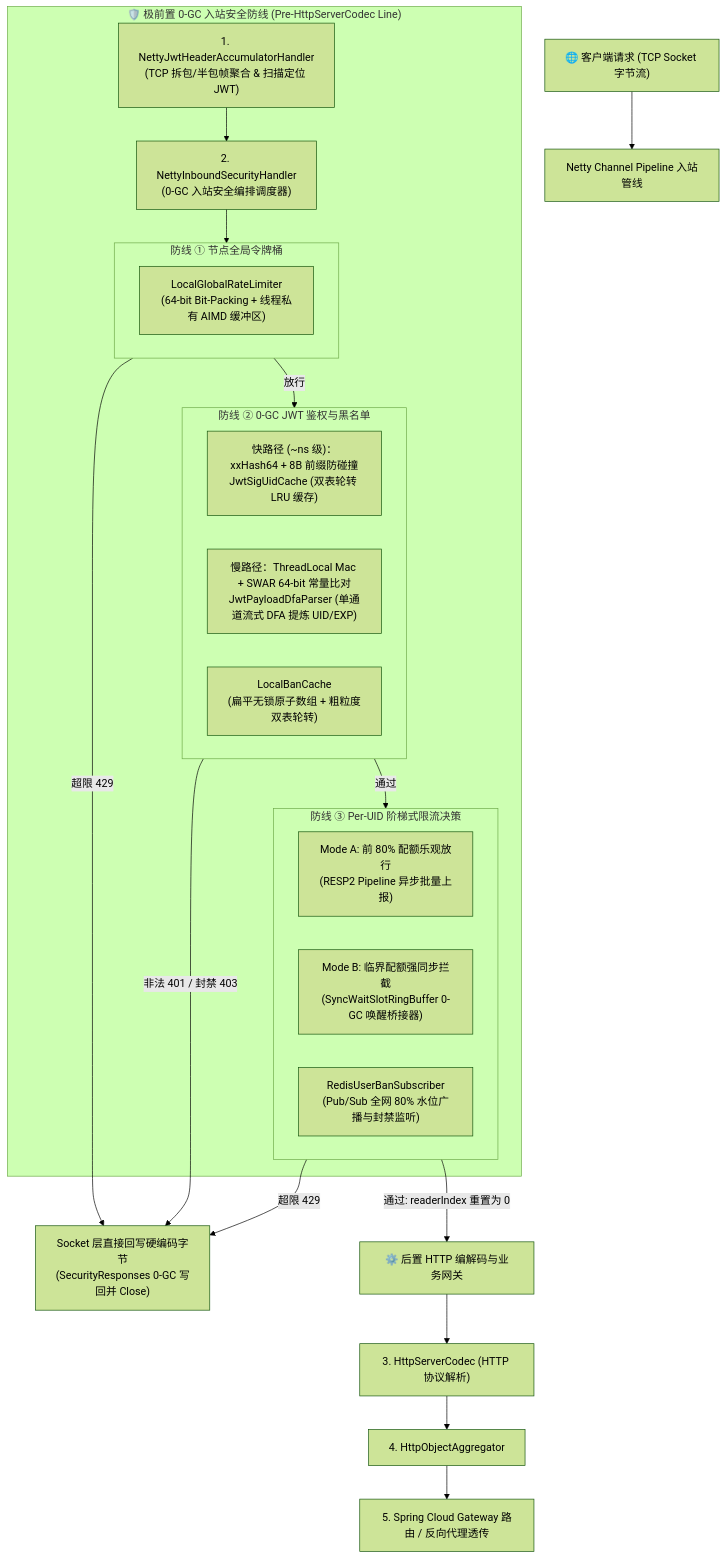
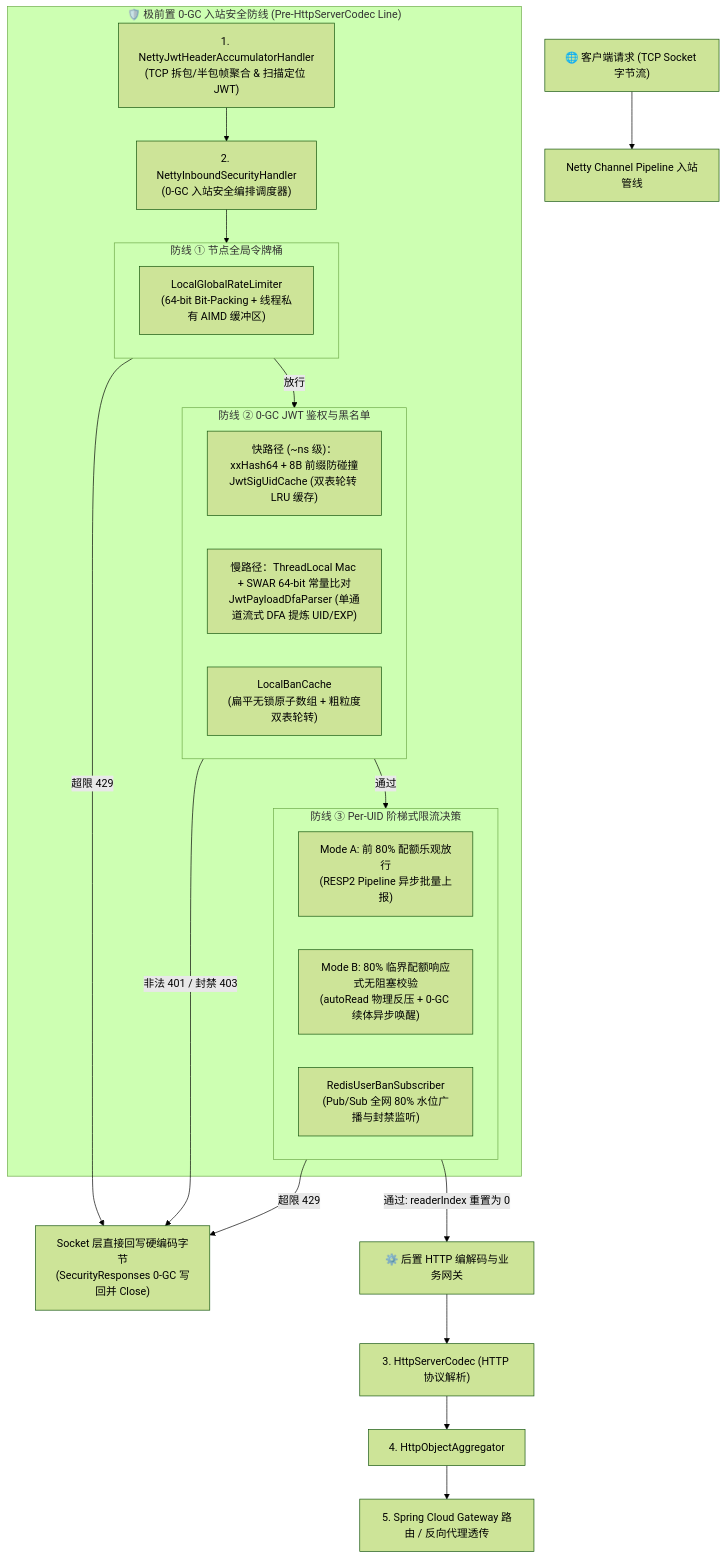
Before and after one commit to Hongxux/netty-zero-gc-limiter: the first of 2 diagrams in README.md, drawn with Mermaid (forest theme). The commit also changed other lines of this file and 9 other files, not shown here.

````diff
--- a/README.md
+++ b/README.md
@@ -35,38 +35,38 @@
 ```mermaid
 flowchart TD
     Client["🌐 客户端请求 (TCP Socket 字节流)"] --> Pipeline["Netty Channel Pipeline 入站管线"]
 
     subgraph PreCodecDefense["🛡️ 极前置 0-GC 入站安全防线 (Pre-HttpServerCodec Line)"]
         Accumulator["1. NettyJwtHeaderAccumulatorHandler\n(TCP 拆包/半包帧聚合 & 扫描定位 JWT)"]
         InboundSec["2. NettyInboundSecurityHandler\n(0-GC 入站安全编排调度器)"]
 
         subgraph Shield1["防线 ① 节点全局令牌桶"]
             TokenBucket["LocalGlobalRateLimiter\n(64-bit Bit-Packing + 线程私有 AIMD 缓冲区)"]
         end
 
         subgraph Shield2["防线 ② 0-GC JWT 鉴权与黑名单"]
             FastPath["快路径 (~ns 级)：xxHash64 + 8B 前缀防碰撞\nJwtSigUidCache (双表轮转 LRU 缓存)"]
             SlowPath["慢路径：ThreadLocal Mac + SWAR 64-bit 常量比对\nJwtPayloadDfaParser (单通道流式 DFA 提炼 UID/EXP)"]
             LocalBan["LocalBanCache\n(扁平无锁原子数组 + 粗粒度双表轮转)"]
         end
 
         subgraph Shield3["防线 ③ Per-UID 阶梯式限流决策"]
             ModeA["Mode A: 前 80% 配额乐观放行\n(RESP2 Pipeline 异步批量上报)"]
-            ModeB["Mode B: 临界配额强同步拦截\n(SyncWaitSlotRingBuffer 0-GC 唤醒桥接器)"]
+            ModeB["Mode B: 80% 临界配额响应式无阻塞校验\n(autoRead 物理反压 + 0-GC 续体异步唤醒)"]
             PubSub["RedisUserBanSubscriber\n(Pub/Sub 全网 80% 水位广播与封禁监听)"]
         end
     end
 
     Accumulator --> InboundSec
     InboundSec --> Shield1
     Shield1 -->|超限 429| Reject["Socket 层直接回写硬编码字节\n(SecurityResponses 0-GC 写回并 Close)"]
     Shield1 -->|放行| Shield2
     Shield2 -->|非法 401 / 封禁 403| Reject
     Shield2 -->|通过| Shield3
     Shield3 -->|超限 429| Reject
 
     Shield3 -->|通过: readerIndex 重置为 0| Downstream["⚙️ 后置 HTTP 编解码与业务网关"]
     Downstream --> Codec["3. HttpServerCodec (HTTP 协议解析)"]
     Codec --> Aggregator["4. HttpObjectAggregator"]
     Aggregator --> SCG["5. Spring Cloud Gateway 路由 / 反向代理透传"]
 ```
````
